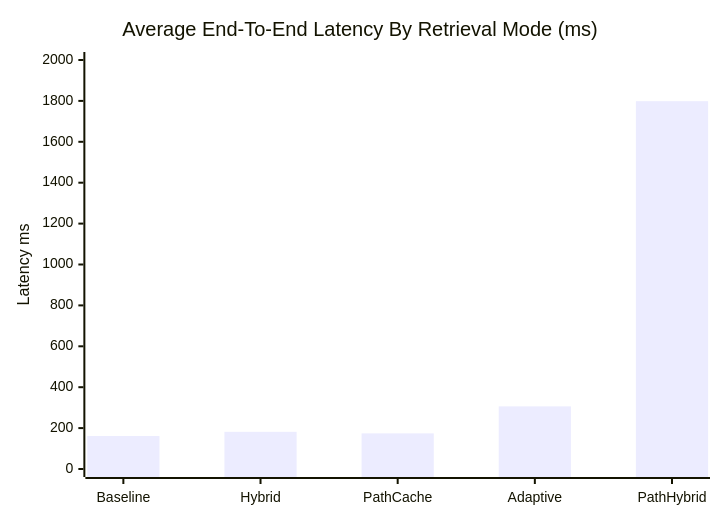
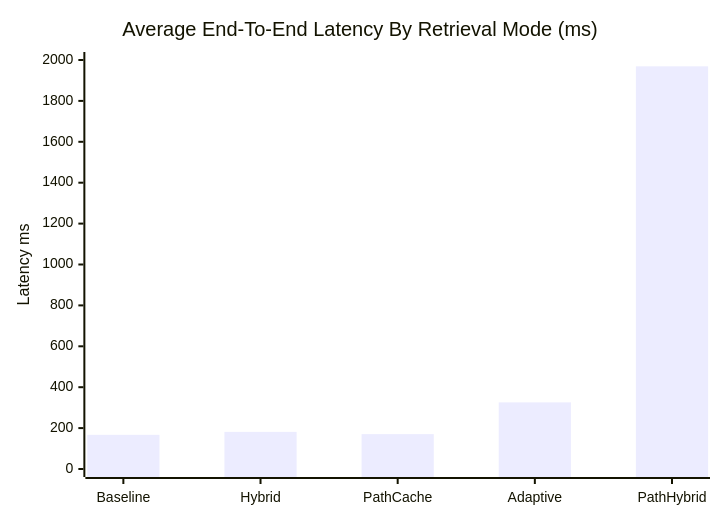
The sixth of 6 diagrams in README.md (Mehulupase01/GraphRAG-Engine-Knowledge-Graph-Agentic-Retrieval-with-Neo4j-LangGraph), drawn with Mermaid before and after one commit. The commit also changed other lines of this file and 12 other files, not shown here.

````diff
--- a/README.md
+++ b/README.md
@@ -316,7 +316,7 @@
 ```mermaid
 xychart-beta
     title "Average End-To-End Latency By Retrieval Mode (ms)"
     x-axis ["Baseline", "Hybrid", "PathCache", "Adaptive", "PathHybrid"]
     y-axis "Latency ms" 0 --> 2000
-    bar "Latency" [161.16, 181.89, 174.11, 306.18, 1798.69]
+    bar "Latency" [167.08, 181.49, 170.58, 325.85, 1969.03]
 ```
````
